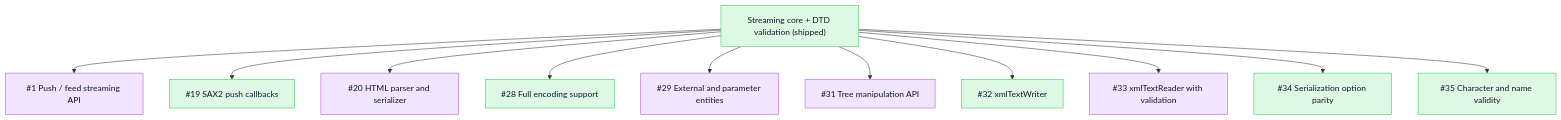
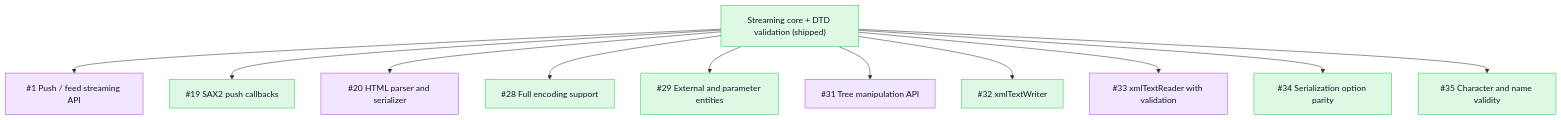
One commit to mihaelamj/PureXML changed the second of 5 diagrams in README.md. Above: the diagram before and after it, drawn with Mermaid. The commit also changed 9 other files, not shown here.

First line of the commit message:
feat(dtd): external and parameter entities, secure by default

````diff
--- a/README.md
+++ b/README.md
@@ -52,28 +52,28 @@
 ```mermaid
 flowchart TB
   classDef done fill:#ddf9e4,stroke:#34c759,color:#111827
   classDef review fill:#fff7d6,stroke:#ffcc00,color:#111827
   classDef epic fill:#f2e5ff,stroke:#af52de,color:#111827
   classDef todo fill:#f2f4f7,stroke:#8e8e93,color:#111827
   Core["Streaming core + DTD validation (shipped)"]:::done
   Push["#1 Push / feed streaming API"]:::epic
   Sax["#19 SAX2 push callbacks"]:::done
   Html["#20 HTML parser and serializer"]:::epic
   Enc["#28 Full encoding support"]:::done
-  Ent["#29 External and parameter entities"]:::epic
+  Ent["#29 External and parameter entities"]:::done
   TreeApi["#31 Tree manipulation API"]:::epic
   Writer["#32 xmlTextWriter"]:::done
   Reader["#33 xmlTextReader with validation"]:::epic
   Save["#34 Serialization option parity"]:::done
   Chars["#35 Character and name validity"]:::done
   Core --> Push
   Core --> Sax
   Core --> Html
   Core --> Enc
   Core --> Ent
   Core --> TreeApi
   Core --> Writer
   Core --> Reader
   Core --> Save
   Core --> Chars
 ```
````
